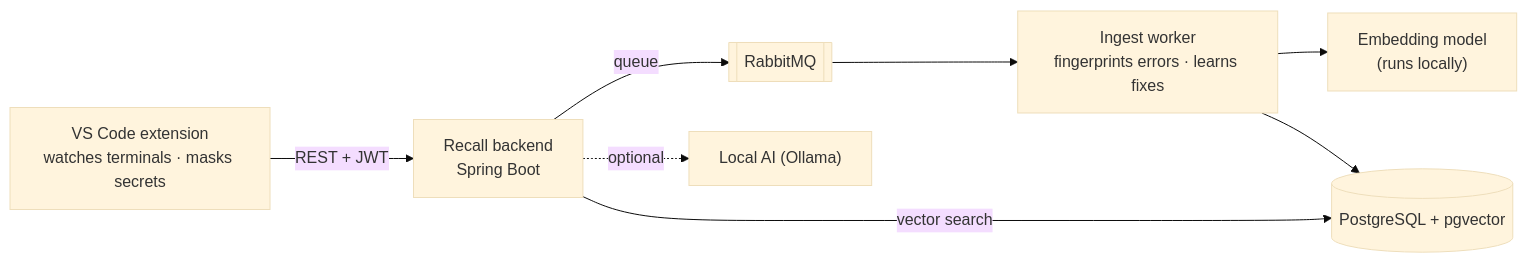
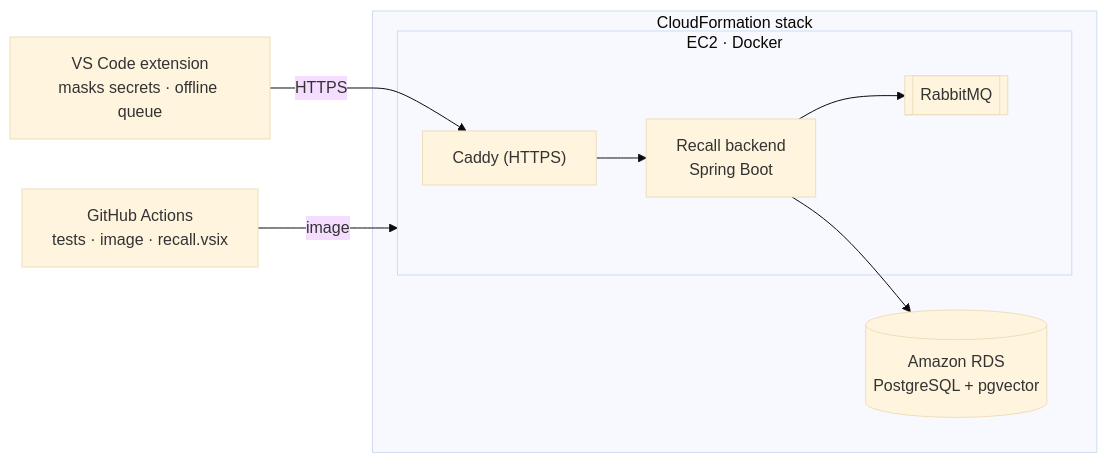
Before and after one commit to bhargavchetanya/Recall-cloud-: the diagram in README.md, drawn with Mermaid (base theme). The commit also changed other lines of this file and 60 other files, not shown here.

````diff
--- a/README.md
+++ b/README.md
@@ -44,10 +39,12 @@
 ```mermaid
 flowchart LR
-    vsc["VS Code extension<br/>watches terminals · masks secrets"] -- "REST + JWT" --> api["Recall backend<br/>Spring Boot"]
-    api -- queue --> mq[["RabbitMQ"]]
-    mq --> worker["Ingest worker<br/>fingerprints errors · learns fixes"]
-    worker --> emb["Embedding model<br/>(runs locally)"]
-    worker --> db[("PostgreSQL + pgvector")]
-    api -- "vector search" --> db
-    api -. "optional" .-> ai["Local AI (Ollama)"]
+    gh["GitHub Actions<br/>tests · image · recall.vsix"] -- "image" --> ec2
+    vsc["VS Code extension<br/>masks secrets · offline queue"] -- "HTTPS" --> caddy
+    subgraph cfn["CloudFormation stack"]
+        subgraph ec2["EC2 · Docker"]
+            caddy["Caddy (HTTPS)"] --> api["Recall backend<br/>Spring Boot"]
+            api --> mq[["RabbitMQ"]]
+        end
+        api --> rds[("Amazon RDS<br/>PostgreSQL + pgvector")]
+    end
 ```
````
